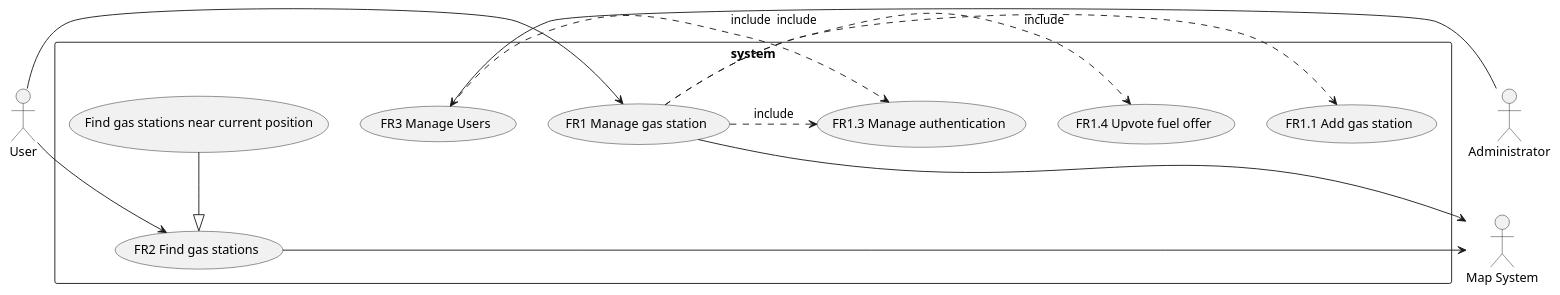
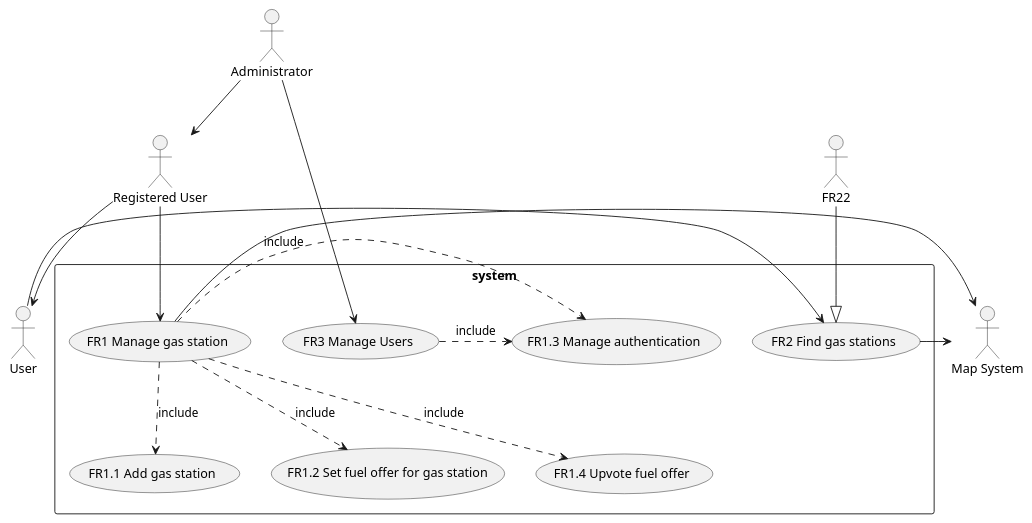
Before and after one commit to SoftengPoliTo/Lab2: the second of 3 diagrams in REQ_s269095.md, drawn with PlantUML. The commit also changed other lines of this file, not shown here.

Commit message:
Fix use case diagram and functional requirements

````diff
--- a/REQ_s269095.md
+++ b/REQ_s269095.md
@@ -68,25 +68,28 @@
 ```plantuml
 actor User as U
+actor "Registered User" as RU
 actor Administrator as A
 actor "Map System" as M
 rectangle system {
     usecase "FR1 Manage gas station" as FR1
     usecase "FR1.1 Add gas station" as FR11
     usecase "FR1.2 Set fuel offer for gas station" as FR12
     usecase "FR1.3 Manage authentication" as FR13
-    usecase "FR1.4 Upvote fuel offer" as FR12
+    usecase "FR1.4 Upvote fuel offer" as FR14
     usecase "FR2 Find gas stations" as FR2
-    usecase "Find gas stations near current position" as FR22
     usecase "FR3 Manage Users" as FR3
 }
-U -> FR1
+RU -> FR1
 U -> FR2
 A -> FR3
+A --> RU
+RU --> U
 FR1 -> M
-FR1 .> FR11 : include
+FR1 .-> FR11 : include
 FR2 -> M
-FR1 .> FR12 : include
+FR1 .-> FR12 : include
+FR1 .-> FR14 : include
 FR1 .> FR13 : include
 FR3 .> FR13 : include
 FR22 --|> FR2
 ```
````
